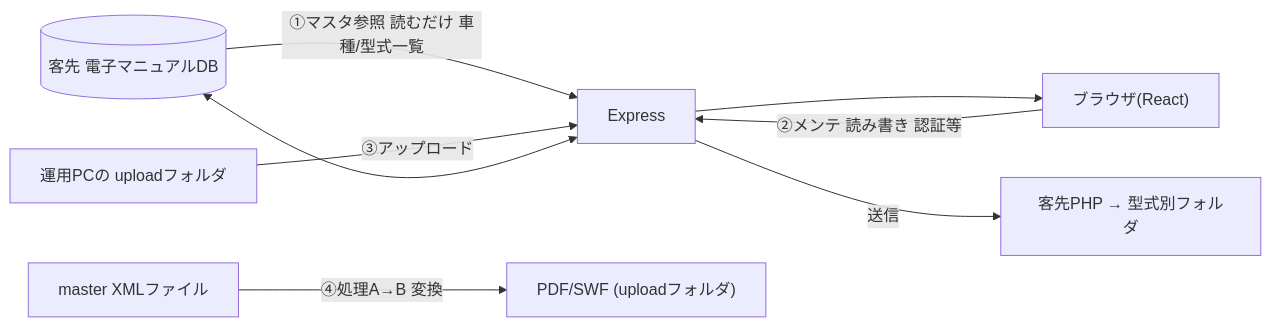
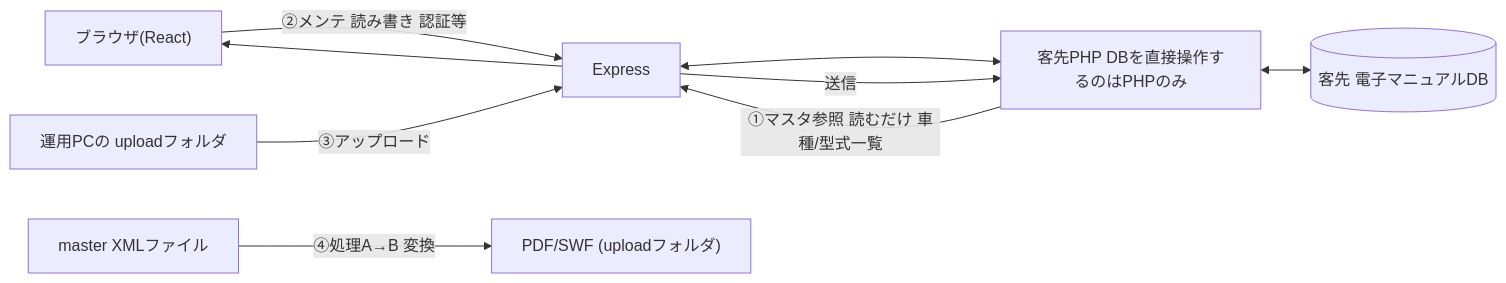
Before and after one commit to katsya1117/dmt: the second of 5 diagrams in docs/システム全体図.md, drawn with Mermaid. The commit also changed other lines of this file and 11 other files, not shown here.

````diff
--- a/docs/システム全体図.md
+++ b/docs/システム全体図.md
@@ -43,14 +44,15 @@
 ```mermaid
 flowchart LR
   DB[("客先 電子マニュアルDB")]
   React["ブラウザ(React)"]
   Express["Express"]
   Folder["運用PCの uploadフォルダ"]
-  PHP["客先PHP → 型式別フォルダ"]
+  PHP["客先PHP DBを直接操作するのはPHPのみ"]
   Master["master XMLファイル"]
   PDF["PDF/SWF (uploadフォルダ)"]
-  DB -->|①マスタ参照 読むだけ 車種/型式一覧| Express --> React
-  React -->|②メンテ 読み書き 認証等| Express <--> DB
+  PHP <--> DB
+  PHP -->|①マスタ参照 読むだけ 車種/型式一覧| Express --> React
+  React -->|②メンテ 読み書き 認証等| Express <--> PHP
   Folder -->|③アップロード| Express -->|送信| PHP
   Master -->|④処理A→B 変換| PDF
 ```
````
